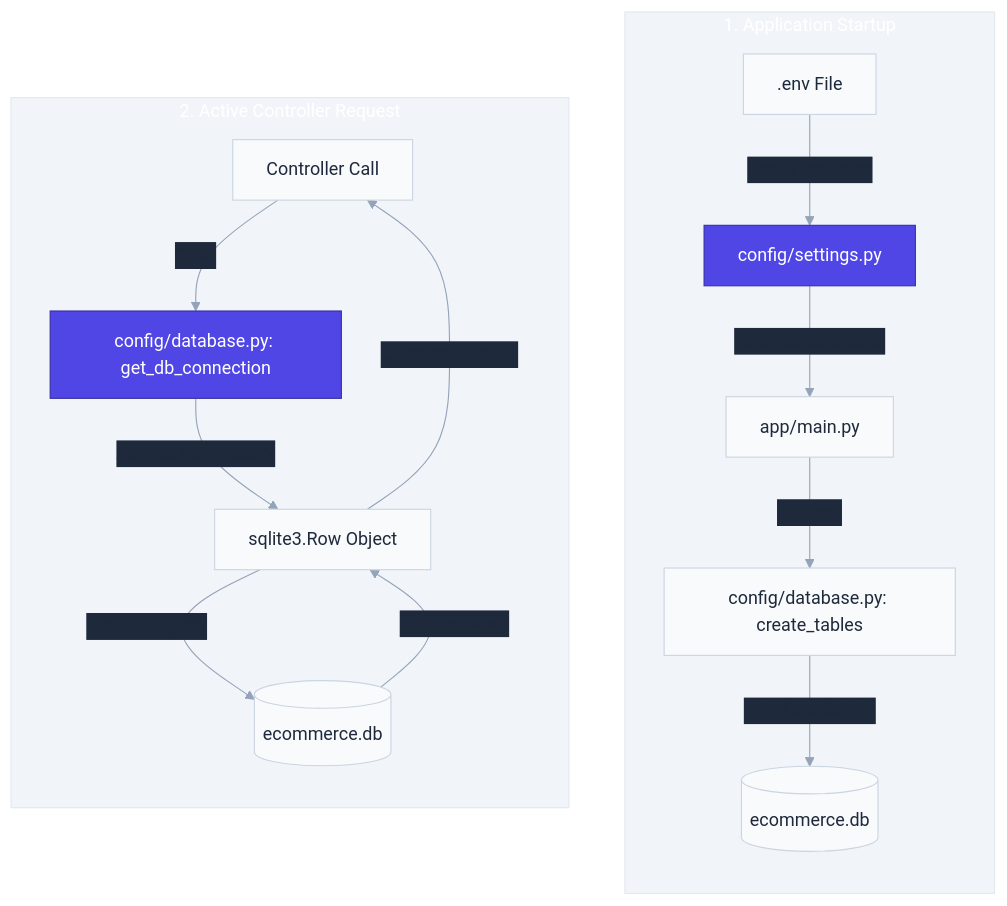
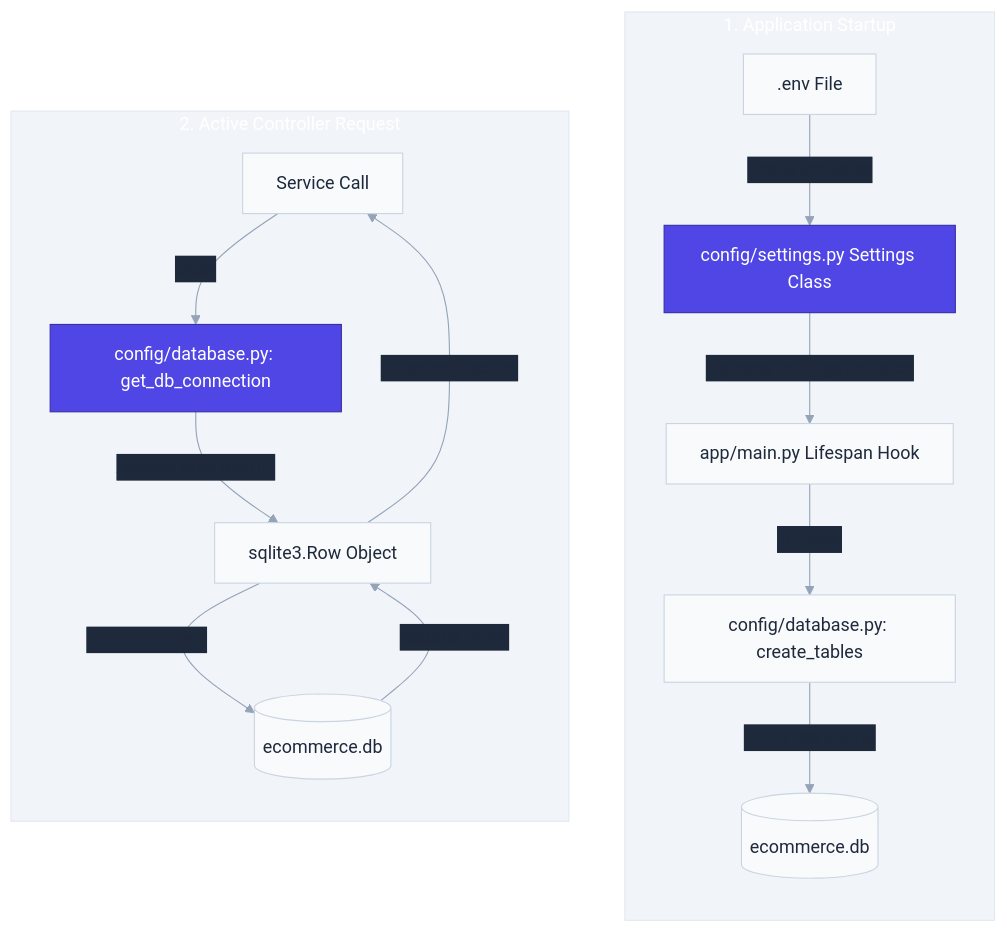
Before and after one commit to nakul-cloud/ecommerce-api: the diagram in app/config/README.md, drawn with Mermaid. The commit also changed other lines of this file and 22 other files, not shown here.

Commit message:
feat: scaffold API architecture with authentication, custom exceptions, controllers, and utility modules.

````diff
--- a/app/config/README.md
+++ b/app/config/README.md
@@ -22,23 +22,23 @@
 ```mermaid
 %%{init: {'theme': 'base', 'themeVariables': {'primaryColor': '#4f46e5', 'primaryTextColor': '#1e293b', 'primaryBorderColor': '#3730a3', 'lineColor': '#94a3b8', 'secondaryColor': '#10b981', 'tertiaryColor': '#f59e0b', 'background': '#ffffff', 'mainBkg': '#f8fafc', 'nodeBorder': '#cbd5e1', 'nodeTextColor': '#1e293b', 'textColor': '#ffffff', 'titleColor': '#ffffff', 'edgeLabelBackground': '#1e293b', 'clusterBkg': '#f1f5f9', 'clusterBorder': '#e2e8f0'}}}%%
 flowchart TD
     subgraph StartupBoot [1. Application Startup]
         direction TB
-        S1[.env File] -->|Loads variables| S2[config/settings.py]
-        S2 -->|Exposes constants| S3[app/main.py]
+        S1[.env File] -->|Loads variables| S2[config/settings.py Settings Class]
+        S2 -->|Exposes settings instance| S3[app/main.py Lifespan Hook]
         S3 -->|Triggers| S4[config/database.py: create_tables]
         S4 -->|Initializes SQLite| S5[(ecommerce.db)]
     end
 
     subgraph ConnectionReq [2. Active Controller Request]
         direction TB
-        R1[Controller Call] -->|Open| R2[config/database.py: get_db_connection]
+        R1[Service Call] -->|Open| R2[config/database.py: get_db_connection]
         R2 -->|Applies Row factory| R3[sqlite3.Row Object]
         R3 -->|Executes query| R4[(ecommerce.db)]
         R4 -->|Returns Rows| R3
         R3 -->|Close connection| R1
     end
     
     style S2 fill:#4f46e5,stroke:#3730a3,color:#ffffff
     style R2 fill:#4f46e5,stroke:#3730a3,color:#ffffff
 ```
````
